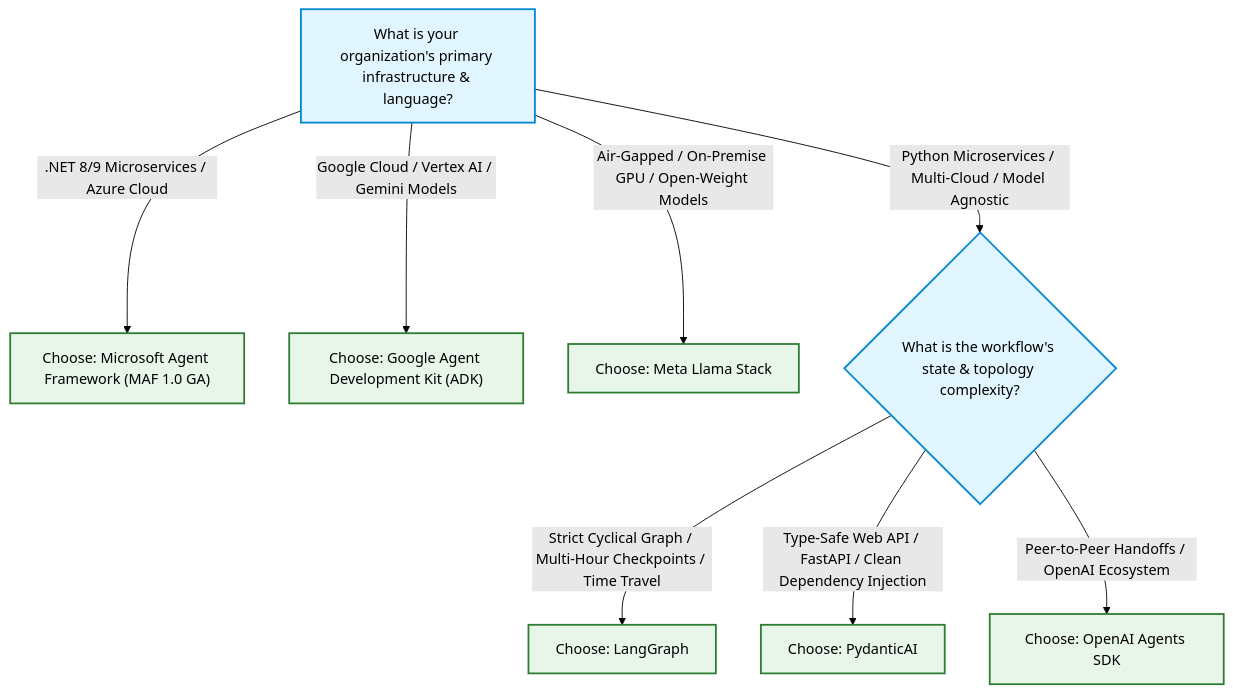
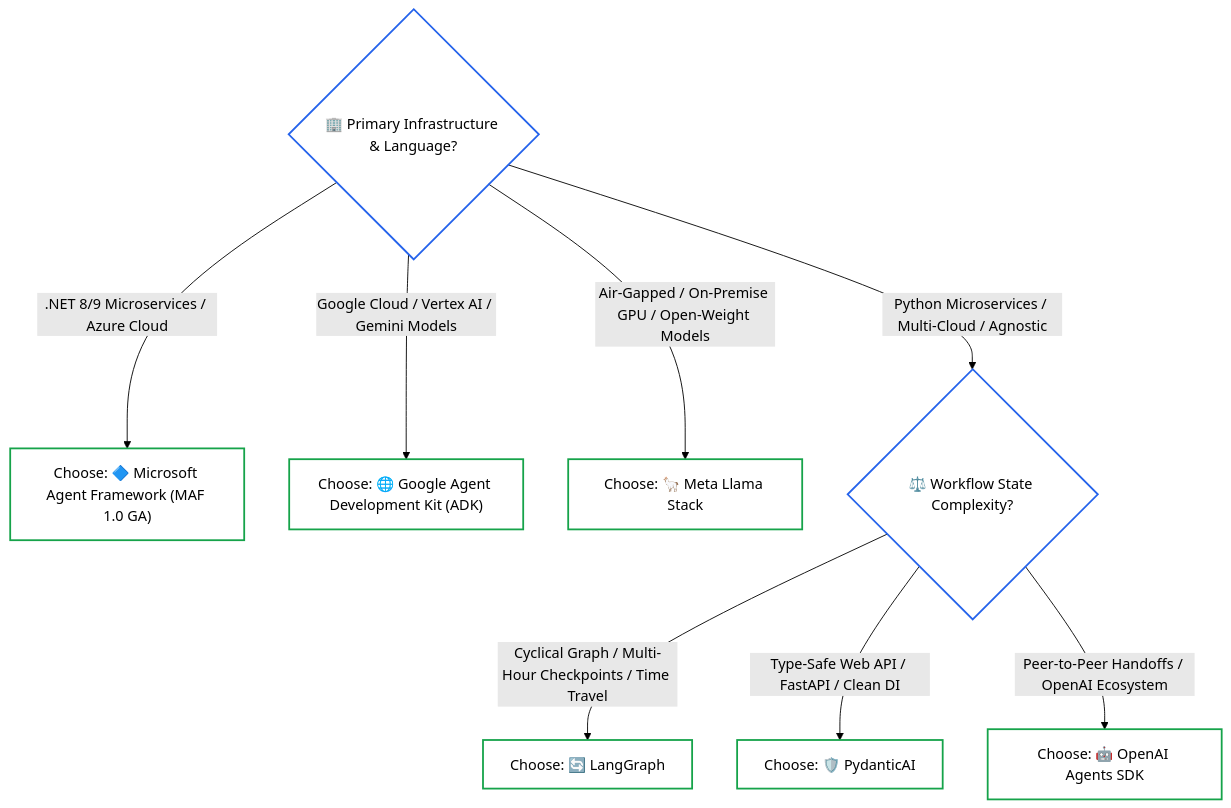
One commit to dip4k/senior-engineer-to-ai-engineer-roadmap changed the fourth of 4 diagrams in 04-agentic-systems-and-orchestration/07-agent-development-platforms-and-adks.md. Above: the diagram before and after it, drawn with Mermaid (forest theme). The commit also changed other lines of this file and 94 other files, not shown here.

Commit message:
refactor(curriculum): complete Phase 04 upgrade and enforce diagram renderer invariants

````diff
--- a/04-agentic-systems-and-orchestration/07-agent-development-platforms-and-adks.md
+++ b/04-agentic-systems-and-orchestration/07-agent-development-platforms-and-adks.md
@@ -188,16 +247,22 @@
 ```mermaid
 flowchart TD
-    classDef q fill:#e1f5fe,stroke:#0288d1,stroke-width:2px;
-    classDef pick fill:#e8f5e9,stroke:#2e7d32,stroke-width:2px;
+    Start{"🏢 Primary Infrastructure & Language?"}
+    
+    Start -->|".NET 8/9 Microservices / Azure Cloud"| MAF["Choose: 🔷 Microsoft Agent Framework (MAF 1.0 GA)"]
+    Start -->|"Google Cloud / Vertex AI / Gemini Models"| ADK["Choose: 🌐 Google Agent Development Kit (ADK)"]
+    Start -->|"Air-Gapped / On-Premise GPU / Open-Weight Models"| Llama["Choose: 🦙 Meta Llama Stack"]
+    Start -->|"Python Microservices / Multi-Cloud / Agnostic"| Q2{"⚖️ Workflow State Complexity?"}
+    
+    Q2 -->|"Cyclical Graph / Multi-Hour Checkpoints / Time Travel"| LG["Choose: 🔄 LangGraph"]
+    Q2 -->|"Type-Safe Web API / FastAPI / Clean DI"| PAI["Choose: 🛡️ PydanticAI"]
+    Q2 -->|"Peer-to-Peer Handoffs / OpenAI Ecosystem"| OAI["Choose: 🤖 OpenAI Agents SDK"]
 
-    Start["What is your organization's primary infrastructure & language?"]:::q
-    
-    Start -->|".NET 8/9 Microservices / Azure Cloud"| MAF["Choose: Microsoft Agent Framework (MAF 1.0 GA)"]:::pick
-    Start -->|"Google Cloud / Vertex AI / Gemini Models"| ADK["Choose: Google Agent Development Kit (ADK)"]:::pick
-    Start -->|"Air-Gapped / On-Premise GPU / Open-Weight Models"| Llama["Choose: Meta Llama Stack"]:::pick
-    Start -->|"Python Microservices / Multi-Cloud / Model Agnostic"| Q2{"What is the workflow's state & topology complexity?"}:::q
-    
-    Q2 -->|"Strict Cyclical Graph / Multi-Hour Checkpoints / Time Travel"| LG["Choose: LangGraph"]:::pick
-    Q2 -->|"Type-Safe Web API / FastAPI / Clean Dependency Injection"| PAI["Choose: PydanticAI"]:::pick
-    Q2 -->|"Peer-to-Peer Handoffs / OpenAI Ecosystem"| OAI["Choose: OpenAI Agents SDK"]:::pick
+    style Start stroke:#2563eb,stroke-width:2px,fill:none
+    style Q2 stroke:#2563eb,stroke-width:2px,fill:none
+    style MAF stroke:#16a34a,stroke-width:2px,fill:none
+    style ADK stroke:#16a34a,stroke-width:2px,fill:none
+    style Llama stroke:#16a34a,stroke-width:2px,fill:none
+    style LG stroke:#16a34a,stroke-width:2px,fill:none
+    style PAI stroke:#16a34a,stroke-width:2px,fill:none
+    style OAI stroke:#16a34a,stroke-width:2px,fill:none
 ```
````
